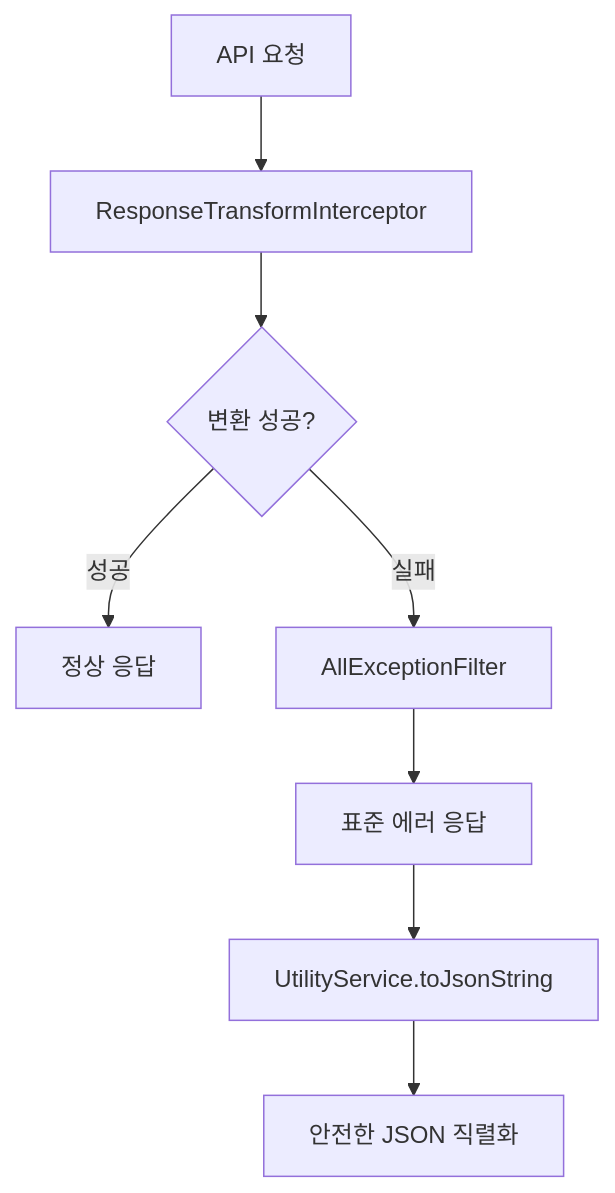
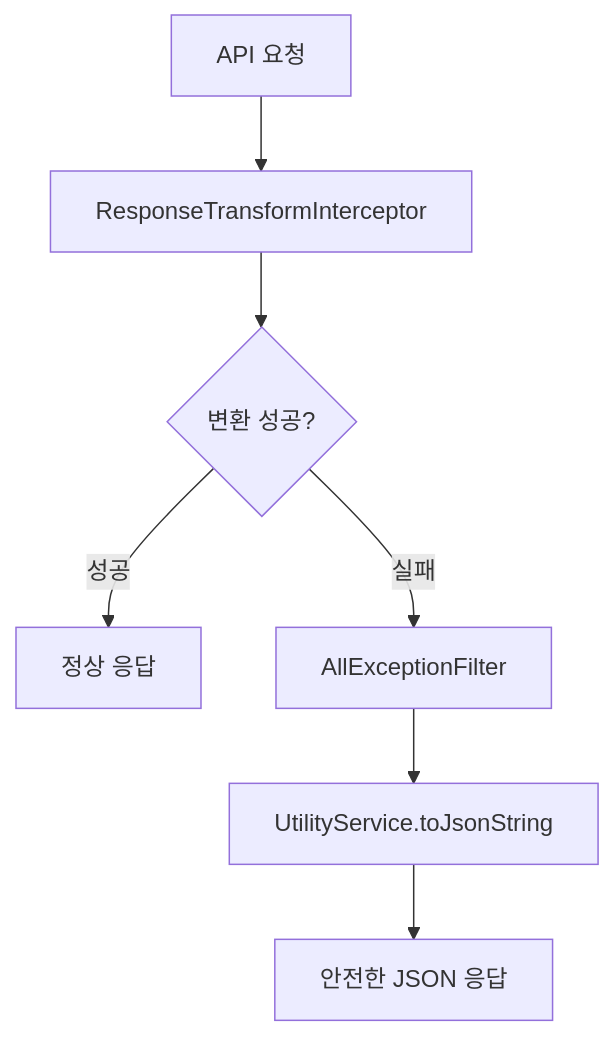
The second of 2 diagrams in ssot/01_System_Architecture.md (kimhyosung1/toy-project), drawn with Mermaid before and after one commit. The commit also changed other lines of this file and 17 other files, not shown here.

````diff
--- a/ssot/01_System_Architecture.md
+++ b/ssot/01_System_Architecture.md
@@ -172,10 +401,9 @@
 ```mermaid
 graph TD
     A[API 요청] --> B[ResponseTransformInterceptor]
     B --> C{변환 성공?}
     C -->|성공| D[정상 응답]
     C -->|실패| E[AllExceptionFilter]
-    E --> F[표준 에러 응답]
-    F --> G[UtilityService.toJsonString]
-    G --> H[안전한 JSON 직렬화]
+    E --> F[UtilityService.toJsonString]
+    F --> G[안전한 JSON 응답]
 ```
````
